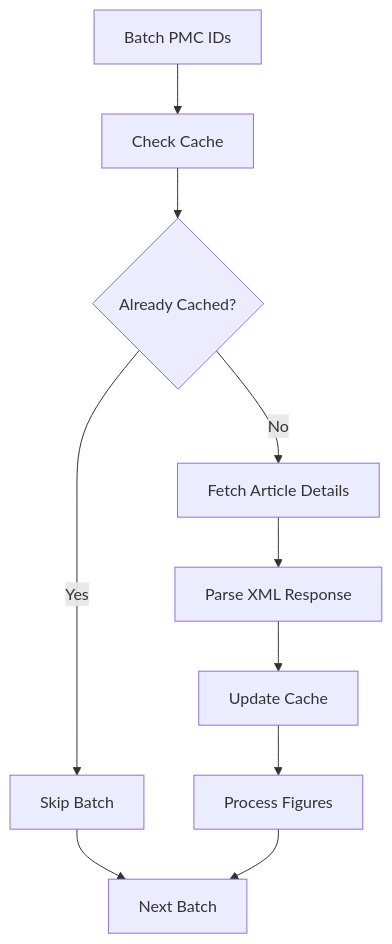
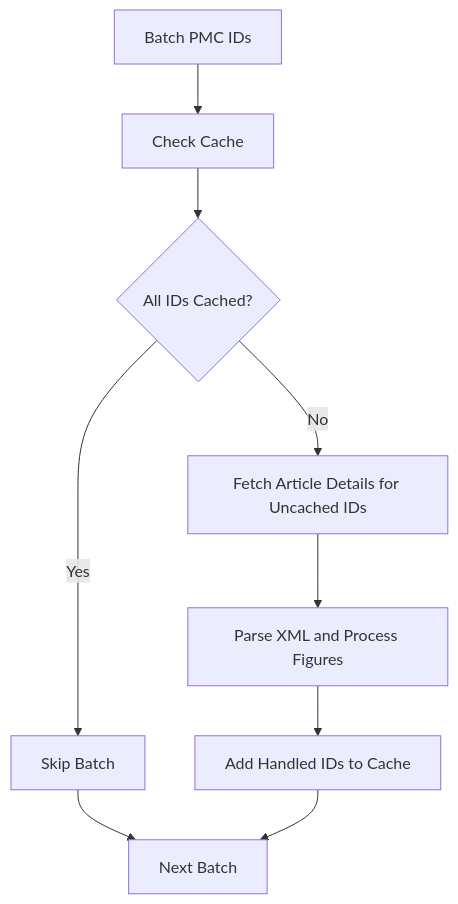
Before and after one commit to AlexJSully/Publication-Figure-Retrieval: the fourth of 10 diagrams in docs/architecture/index.md, drawn with Mermaid. The commit also changed other lines of this file and 28 other files, not shown here.

First line of the commit message:
Fix unable to retrieve figure publication images (#242)

````diff
--- a/docs/architecture/index.md
+++ b/docs/architecture/index.md
@@ -134,15 +137,14 @@
 ```mermaid
 graph TD
     accTitle: Fetch Module Batch Processing
-    accDescr: The fetch module batches PMC IDs and checks the cache. Already-cached batches are skipped, while uncached batches are fetched as article details, parsed from XML, and recorded in the cache before figures are processed. Each batch leads to the next until all are handled.
+    accDescr: The fetch module batches PMC IDs and checks the cache. A batch whose IDs are all cached is skipped. Otherwise the uncached IDs are fetched as article details, and the XML response is handed to parseFigures, which processes each article's figures and returns the PMC IDs it handled. Only the batch IDs that match a handled PMC ID are recorded in the cache, so failed articles are retried on the next run. Each batch leads to the next until all are handled.
 
     A[Batch PMC IDs] --> B[Check Cache]
-    B --> C{Already Cached?}
+    B --> C{All IDs Cached?}
     C -->|Yes| D[Skip Batch]
-    C -->|No| E[Fetch Article Details]
-    E --> F[Parse XML Response]
-    F --> G[Update Cache]
-    G --> H[Process Figures]
+    C -->|No| E[Fetch Article Details for Uncached IDs]
+    E --> F[Parse XML and Process Figures]
+    F --> G[Add Handled IDs to Cache]
     D --> I[Next Batch]
-    H --> I
+    G --> I
 ```
````
